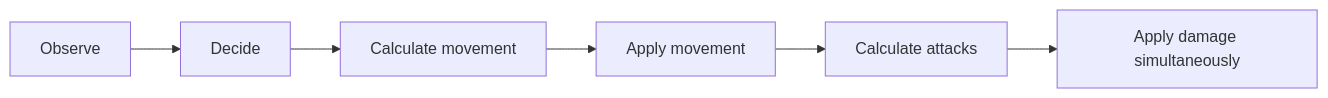
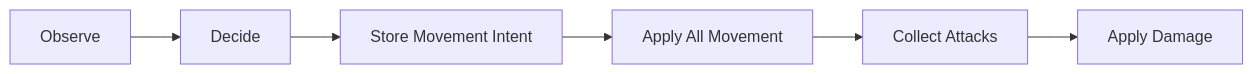
Before and after one commit to memem47/AlifeBattle: the seventh of 9 diagrams in README.md, drawn with Mermaid. The commit also changed other lines of this file and 2 other files, not shown here.

````diff
--- a/README.md
+++ b/README.md
@@ -664,8 +918,8 @@
 ```mermaid
 flowchart LR
     A[Observe] --> B[Decide]
-    B --> C[Calculate movement]
-    C --> D[Apply movement]
-    D --> E[Calculate attacks]
-    E --> F[Apply damage simultaneously]
+    B --> C[Store Movement Intent]
+    C --> D[Apply All Movement]
+    D --> E[Collect Attacks]
+    E --> F[Apply Damage]
 ```
````
